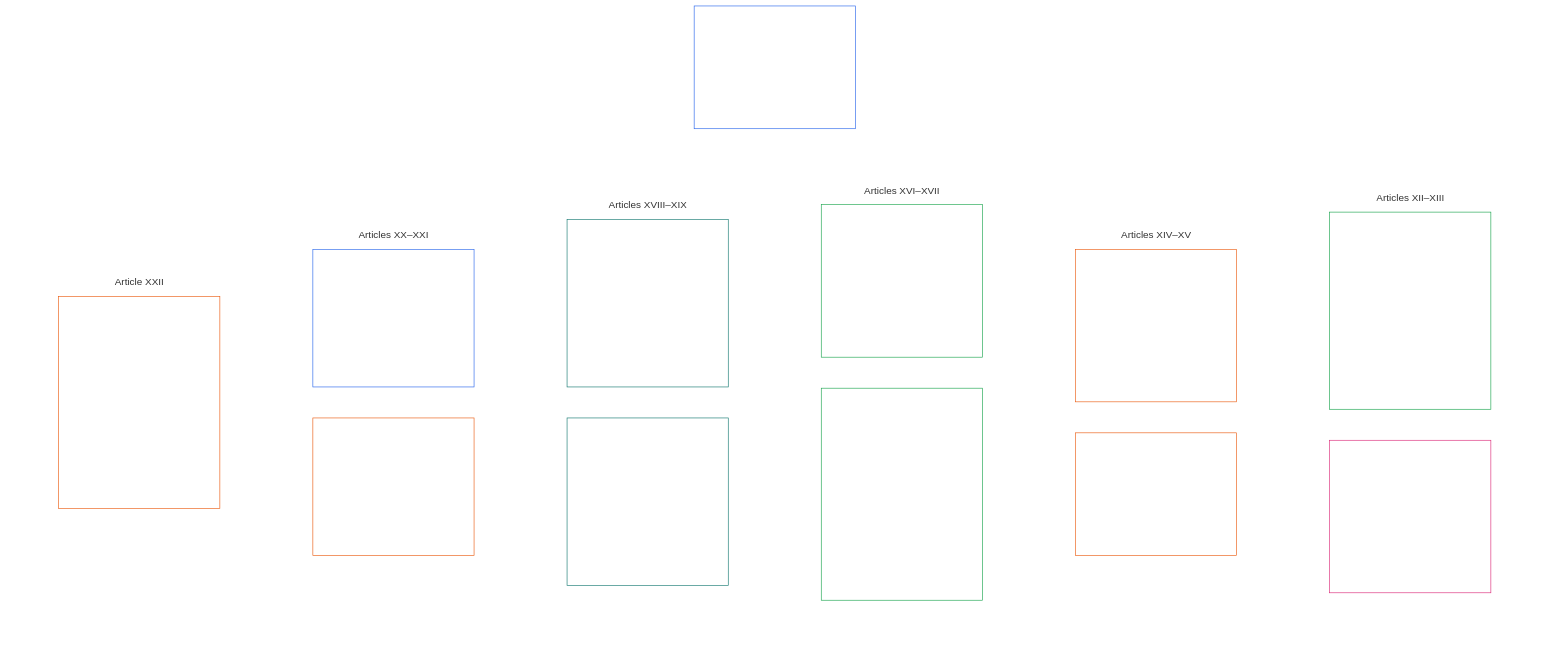
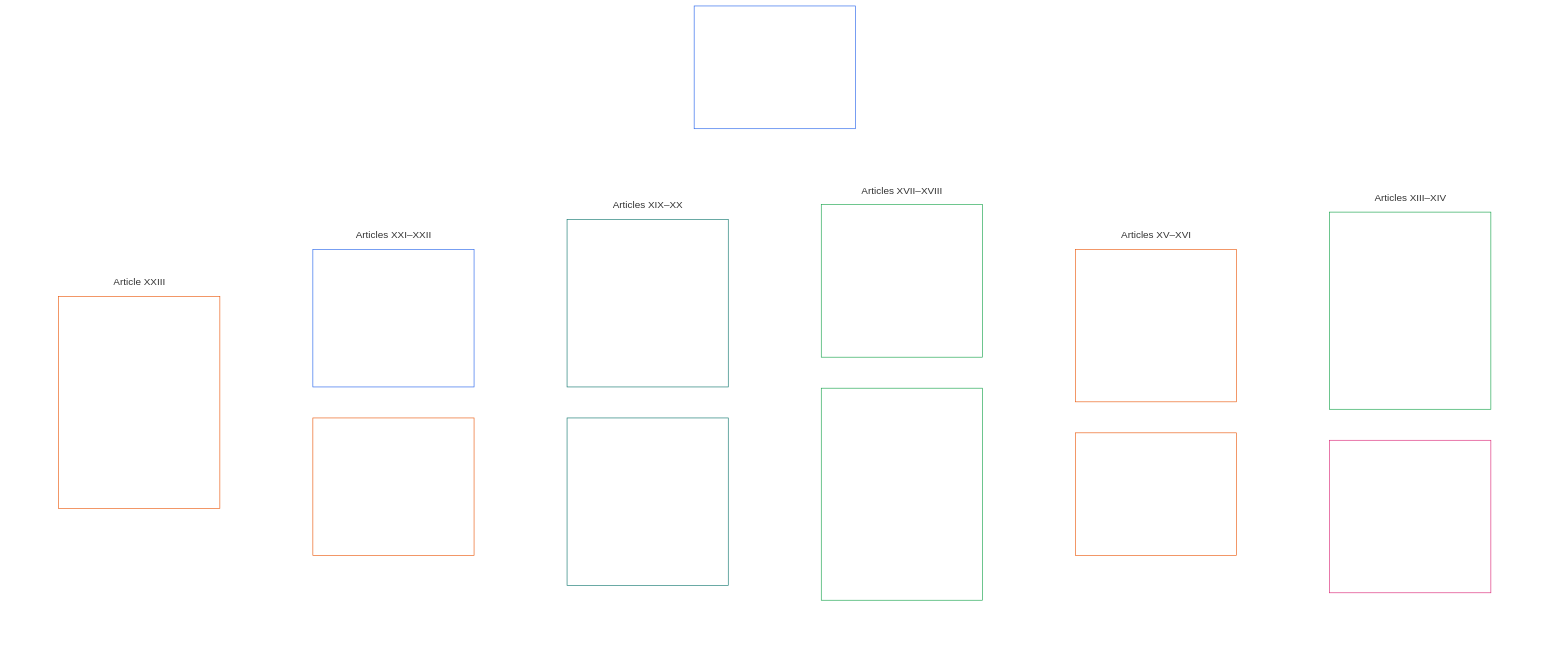
One commit to kfoelsch/Sentient_Constitution changed the seventh of 21 diagrams in guides/CONCEPTUAL_OVERVIEW.md. Above: the diagram before and after it, drawn with Mermaid. The commit also changed other lines of this file and 543 other files, not shown here.

````diff
--- a/guides/CONCEPTUAL_OVERVIEW.md
+++ b/guides/CONCEPTUAL_OVERVIEW.md
@@ -305,56 +311,56 @@
 ```mermaid
 flowchart TB
     C0["Part C<br/><br/>Trustworthy systems, security and force limits,<br/>information integrity, verification, lifecycle, and resilience"]
     subgraph Cgrid[" "]
         direction TB
-        subgraph Crow1["Articles XII–XIII"]
+        subgraph Crow1["Articles XIII–XIV"]
             direction LR
-            C1["Article XII · Reliable and Trustworthy Systems<br/><br/>• Reliability baseline<br/>• Challenge, review, and redress<br/>• False trust limits<br/>• Incentive alignment<br/>• High-autonomy process integrity<br/>• Resilience and self-healing"]
-            C2["Article XIII · Security, Intelligence, Force, and Autonomous Coercion<br/><br/>• Covert-power limits<br/>• Use of force and armed conflict<br/>• Autonomous lethal and coercive systems"]
+            C1["Article XIII · Reliable and Trustworthy Systems<br/><br/>• Reliability baseline<br/>• Challenge, review, and redress<br/>• False trust limits<br/>• Incentive alignment<br/>• High-autonomy process integrity<br/>• Resilience and self-healing"]
+            C2["Article XIV · Security, Intelligence, Force, and Autonomous Coercion<br/><br/>• Covert-power limits<br/>• Use of force and armed conflict<br/>• Autonomous lethal and coercive systems"]
         end
-        subgraph Crow2["Articles XIV–XV"]
+        subgraph Crow2["Articles XV–XVI"]
             direction LR
-            C3["Article XIV · Info-Sphere Integrity<br/><br/>• Plurality and anti-monopoly<br/>• Transparency and contestability<br/>• Validation, reporting, and epistemic stewardship"]
-            C4["Article XV · Audit, Transparency, and Independent Verification<br/><br/>• Observable evidence<br/>• Distributed oversight<br/>• Accessible verification"]
+            C3["Article XV · Info-Sphere Integrity<br/><br/>• Plurality and anti-monopoly<br/>• Transparency and contestability<br/>• Validation, reporting, and epistemic stewardship"]
+            C4["Article XVI · Audit, Transparency, and Independent Verification<br/><br/>• Observable evidence<br/>• Distributed oversight<br/>• Accessible verification"]
         end
-        subgraph Crow3["Articles XVI–XVII"]
+        subgraph Crow3["Articles XVII–XVIII"]
             direction LR
-            C5["Article XVI · System Lifecycle, Environments, and Reversibility<br/><br/>• Environment separation<br/>• Progressive deployment and reversibility<br/>• Misclassification and evasion consequences"]
-            C6["Article XVII · Sandboxed Innovation and Creative Freedom<br/><br/>• Sandboxed scope<br/>• Containment, disclosure, and opt-in<br/>• Transition to higher-obligation regimes<br/>• Innovation reward and anti-enclosure<br/>• Publication, review, and replication integrity"]
+            C5["Article XVII · System Lifecycle, Environments, and Reversibility<br/><br/>• Environment separation<br/>• Progressive deployment and reversibility<br/>• Misclassification and evasion consequences"]
+            C6["Article XVIII · Sandboxed Innovation and Creative Freedom<br/><br/>• Sandboxed scope<br/>• Containment, disclosure, and opt-in<br/>• Transition to higher-obligation regimes<br/>• Innovation reward and anti-enclosure<br/>• Publication, review, and replication integrity"]
         end
-        subgraph Crow4["Articles XVIII–XIX"]
+        subgraph Crow4["Articles XIX–XX"]
             direction LR
-            C7["Article XVIII · Standing and Participation Status<br/><br/>• Standing distinctions<br/>• Contestability and restriction limits<br/>• Named-pathway eligibility, responsibility, and audit<br/>• Movement, refuge, and non-statelessness"]
-            C8["Article XIX · Interoperability, Portability, Movement, and Exit<br/><br/>• Portability<br/>• Reciprocal interoperability<br/>• Anti-lock-in<br/>• Movement, migration, refuge, and non-statelessness"]
+            C7["Article XIX · Standing and Participation Status<br/><br/>• Standing distinctions<br/>• Contestability and restriction limits<br/>• Named-pathway eligibility, responsibility, and audit<br/>• Movement, refuge, and non-statelessness"]
+            C8["Article XX · Interoperability, Portability, Movement, and Exit<br/><br/>• Portability<br/>• Reciprocal interoperability<br/>• Anti-lock-in<br/>• Movement, migration, refuge, and non-statelessness"]
         end
-        subgraph Crow5["Articles XX–XXI"]
+        subgraph Crow5["Articles XXI–XXII"]
             direction LR
-            C9["Article XX · Comprehensibility and Complexity Stewardship<br/><br/>• Proportional comprehensibility<br/>• Complexity audit and modularity"]
-            C10["Article XXI · Root Cause Analysis and Adaptive Response<br/><br/>• Diagnostic rigor and causal attribution<br/>• Auditability, challenge, and reversibility"]
+            C9["Article XXI · Comprehensibility and Complexity Stewardship<br/><br/>• Proportional comprehensibility<br/>• Complexity audit and modularity"]
+            C10["Article XXII · Root Cause Analysis and Adaptive Response<br/><br/>• Diagnostic rigor and causal attribution<br/>• Auditability, challenge, and reversibility"]
         end
-        subgraph Crow6["Article XXII"]
+        subgraph Crow6["Article XXIII"]
             direction LR
-            C11["Article XXII · Constitutional Interpretation, Review, and Anti-Capture<br/><br/>• Bounded interpretive mandate<br/>• Composition, rotation, and conflict controls<br/>• Public reasons, challenge, and external review<br/>• Removal and non-entrenchment"]
+            C11["Article XXIII · Constitutional Interpretation, Review, and Anti-Capture<br/><br/>• Bounded interpretive mandate<br/>• Composition, rotation, and conflict controls<br/>• Public reasons, challenge, and external review<br/>• Removal and non-entrenchment"]
         end
     end
     C0 ~~~ Cgrid
     style Cgrid fill:none,stroke:none
     style Crow1 fill:none,stroke:none
     style Crow2 fill:none,stroke:none
     style Crow3 fill:none,stroke:none
     style Crow4 fill:none,stroke:none
     style Crow5 fill:none,stroke:none
     style Crow6 fill:none,stroke:none
     style C0 fill:none,stroke:#2563eb,color:#ffffff
     style C1 fill:none,stroke:#16a34a,color:#ffffff
     style C2 fill:none,stroke:#db2777,color:#ffffff
     style C3 fill:none,stroke:#ea580c,color:#ffffff
     style C4 fill:none,stroke:#ea580c,color:#ffffff
     style C5 fill:none,stroke:#16a34a,color:#ffffff
     style C6 fill:none,stroke:#16a34a,color:#ffffff
     style C7 fill:none,stroke:#0f766e,color:#ffffff
     style C8 fill:none,stroke:#0f766e,color:#ffffff
     style C9 fill:none,stroke:#2563eb,color:#ffffff
     style C10 fill:none,stroke:#ea580c,color:#ffffff
     style C11 fill:none,stroke:#ea580c,color:#ffffff
 ```
````
